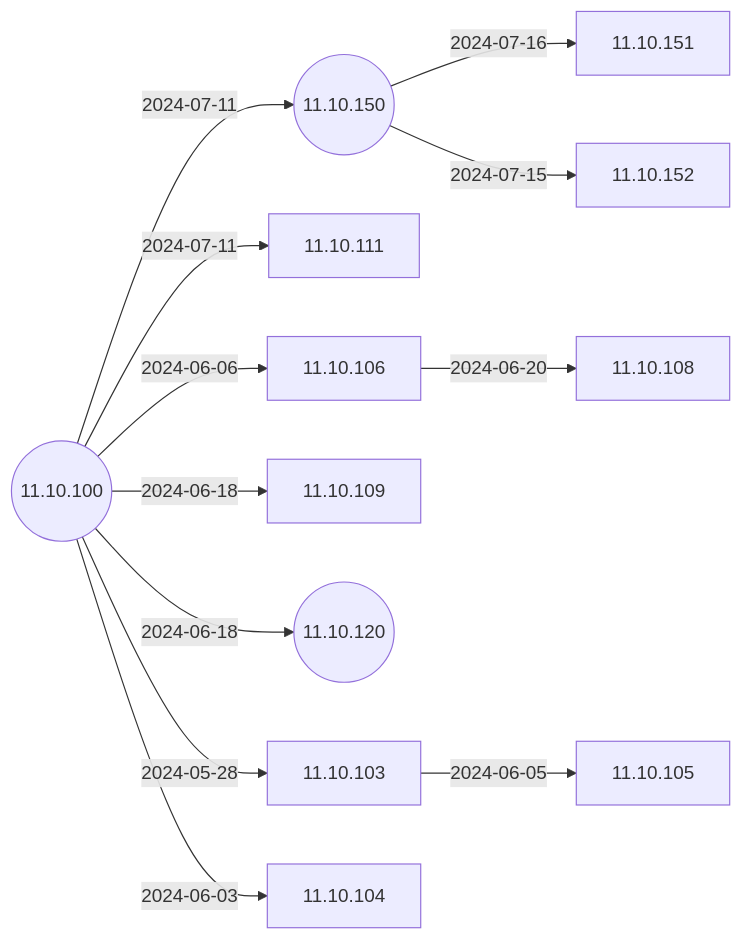
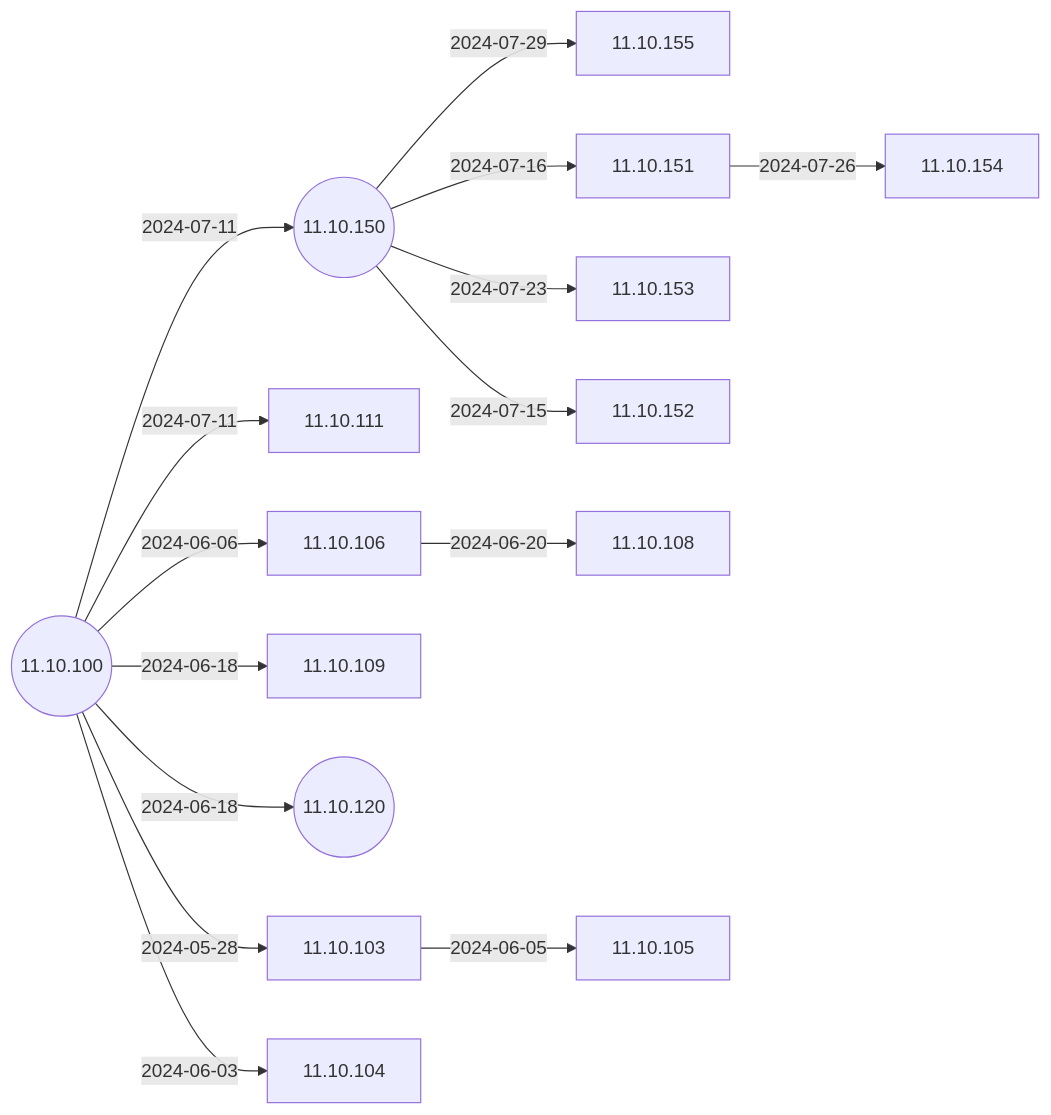
Before and after one commit to IGEL-Community/IGEL-Docs-v02: the second of 6 diagrams in docs/Docs/ReleaseNotes/01-OS11/README.md, drawn with Mermaid. The commit also changed 4 other files, not shown here.

````diff
--- a/docs/Docs/ReleaseNotes/01-OS11/README.md
+++ b/docs/Docs/ReleaseNotes/01-OS11/README.md
@@ -41,27 +41,30 @@
 ```mermaid
 flowchart LR
+    11.10.150-- 2024-07-29 -->11.10.155
+    11.10.151-- 2024-07-26 -->11.10.154
+    11.10.150-- 2024-07-23 -->11.10.153
     11.10.150-- 2024-07-16 -->11.10.151
     11.10.150-- 2024-07-15 -->11.10.152
     11.10.100-- 2024-07-11 -->11.10.150((11.10.150))
     11.10.100-- 2024-07-11 -->11.10.111
     11.10.106-- 2024-06-20 -->11.10.108
     11.10.100-- 2024-06-18 -->11.10.109
     11.10.100-- 2024-06-18 -->11.10.120((11.10.120))
     11.10.100-- 2024-06-06 -->11.10.106
     11.10.103-- 2024-06-05 -->11.10.105
     11.10.100-- 2024-06-03 -->11.10.104
     11.10.100-- 2024-05-28 -->11.10.103
     11.10.100((11.10.100))
     click 11.10.151 "https://github.com/IGEL-Community/IGEL-Docs-v02/tree/main/docs/Docs/ReleaseNotes/01-OS11/readme11.10.151.txt" _blank
     click 11.10.152 "https://github.com/IGEL-Community/IGEL-Docs-v02/tree/main/docs/Docs/ReleaseNotes/01-OS11/readme11.10.152.txt" _blank
     click 11.10.111 "https://github.com/IGEL-Community/IGEL-Docs-v02/tree/main/docs/Docs/ReleaseNotes/01-OS11/readme11.10.111.txt" _blank
     click 11.10.150 "https://github.com/IGEL-Community/IGEL-Docs-v02/tree/main/docs/Docs/ReleaseNotes/01-OS11/readme11.10.150.txt" _blank
     click 11.10.108 "https://github.com/IGEL-Community/IGEL-Docs-v02/tree/main/docs/Docs/ReleaseNotes/01-OS11/readme11.10.108.txt" _blank
     click 11.10.109 "https://github.com/IGEL-Community/IGEL-Docs-v02/tree/main/docs/Docs/ReleaseNotes/01-OS11/readme11.10.109.txt" _blank
     click 11.10.120 "https://github.com/IGEL-Community/IGEL-Docs-v02/tree/main/docs/Docs/ReleaseNotes/01-OS11/readme11.10.120.txt" _blank
     click 11.10.106 "https://github.com/IGEL-Community/IGEL-Docs-v02/tree/main/docs/Docs/ReleaseNotes/01-OS11/readme11.10.106.txt" _blank
     click 11.10.105 "https://github.com/IGEL-Community/IGEL-Docs-v02/tree/main/docs/Docs/ReleaseNotes/01-OS11/readme11.10.105.txt" _blank
     click 11.10.104 "https://github.com/IGEL-Community/IGEL-Docs-v02/tree/main/docs/Docs/ReleaseNotes/01-OS11/readme11.10.104.txt" _blank
     click 11.10.103 "https://github.com/IGEL-Community/IGEL-Docs-v02/tree/main/docs/Docs/ReleaseNotes/01-OS11/readme11.10.103.txt" _blank
     click 11.10.100 "https://github.com/IGEL-Community/IGEL-Docs-v02/tree/main/docs/Docs/ReleaseNotes/01-OS11/readme11.10.100.txt" _blank
 ```
````
